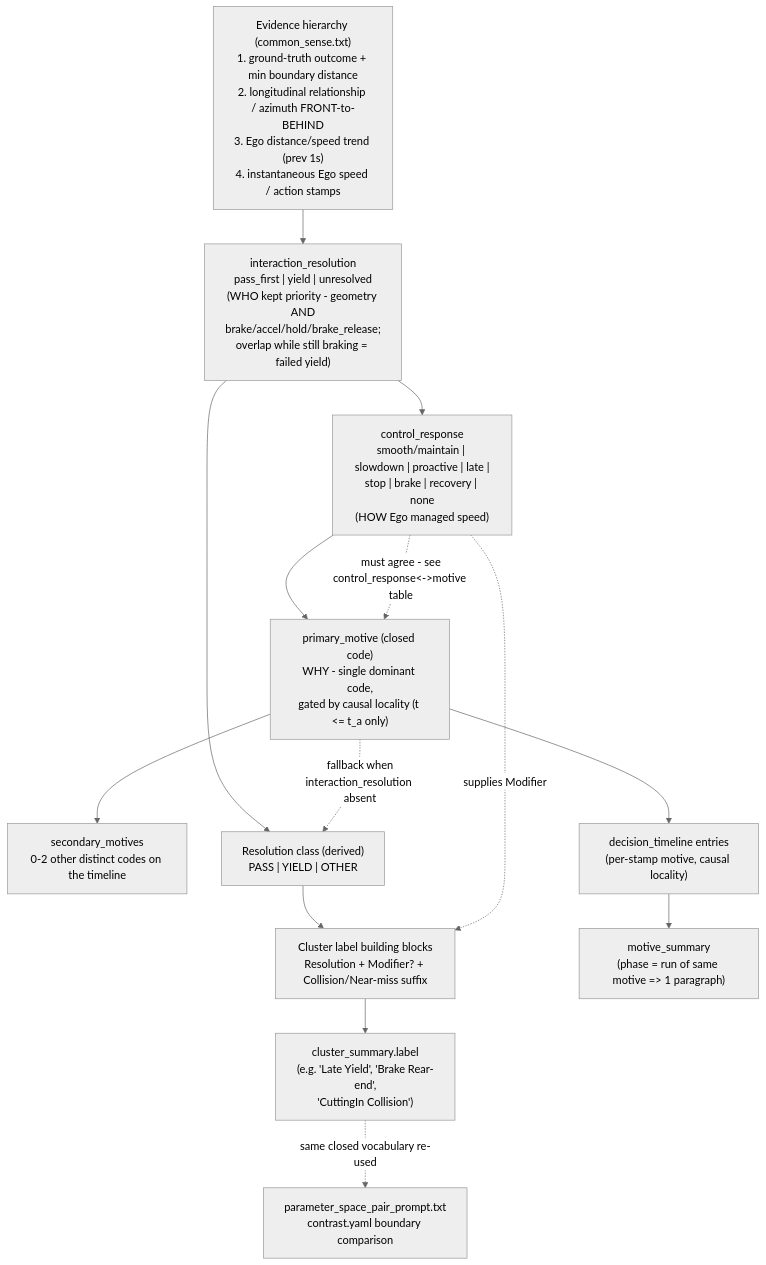
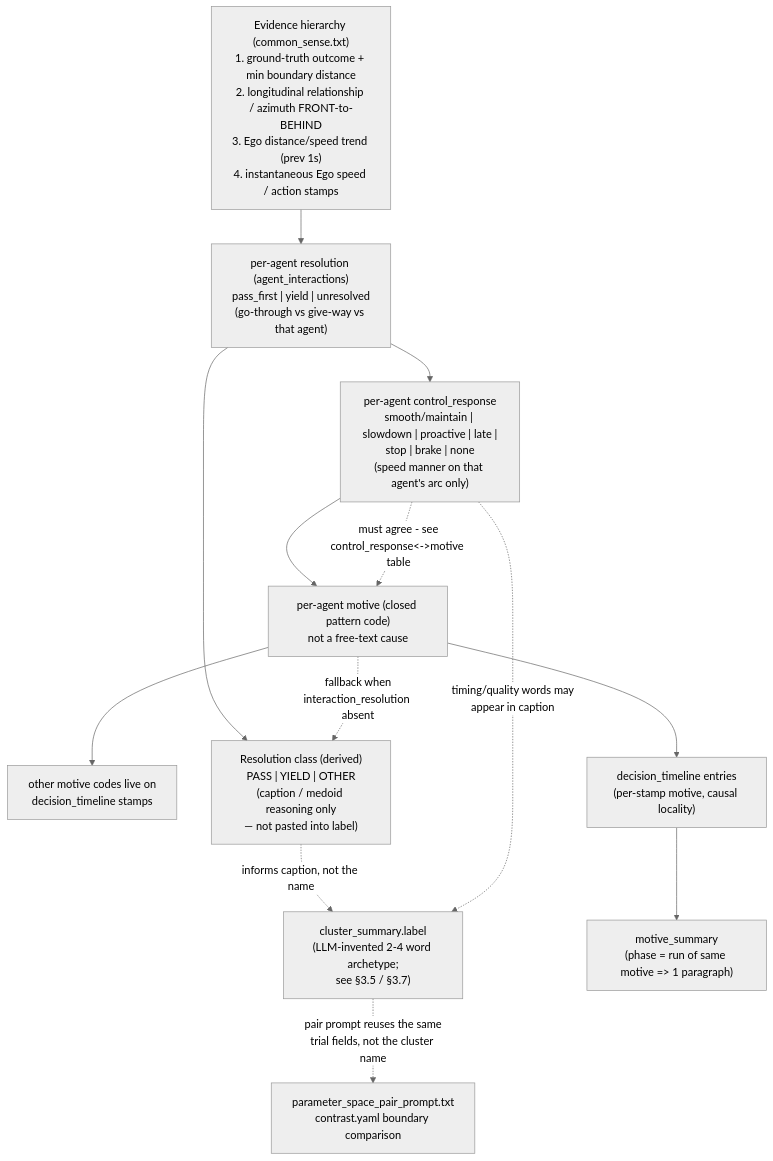
One commit to Bichen07/gpl-odd-project changed the diagram in app/llm_pipeline/prompt_templates/TAXONOMY.md. Above: the diagram before and after it, drawn with Mermaid (neutral theme). The commit also changed other lines of this file and 37 other files, not shown here.

First line of the commit message:
Record multi-agent ego behavior schema and Analyze pipeline updates.

````diff
--- a/app/llm_pipeline/prompt_templates/TAXONOMY.md
+++ b/app/llm_pipeline/prompt_templates/TAXONOMY.md
@@ -65,19 +67,18 @@
 ```mermaid
 flowchart TD
     A["Evidence hierarchy (common_sense.txt)\n1. ground-truth outcome + min boundary distance\n2. longitudinal relationship / azimuth FRONT-to-BEHIND\n3. Ego distance/speed trend (prev 1s)\n4. instantaneous Ego speed / action stamps"]
-    A --> B["interaction_resolution\npass_first | yield | unresolved\n(WHO kept priority - geometry AND\nbrake/accel/hold/brake_release;\noverlap while still braking = failed yield)"]
-    B --> C["control_response\nsmooth/maintain | slowdown | proactive | late |\nstop | brake | recovery | none\n(HOW Ego managed speed)"]
-    C --> D["primary_motive (closed code)\nWHY - single dominant code,\ngated by causal locality (t <= t_a only)"]
-    D --> E["secondary_motives\n0-2 other distinct codes on the timeline"]
+    A --> B["per-agent resolution (agent_interactions)\npass_first | yield | unresolved\n(go-through vs give-way vs that agent)"]
+    B --> C["per-agent control_response\nsmooth/maintain | slowdown | proactive | late |\nstop | brake | none\n(speed manner on that agent's arc only)"]
+    C --> D["per-agent motive (closed pattern code)\nnot a free-text cause"]
+    D --> E["other motive codes live on\ndecision_timeline stamps"]
     C -. "must agree - see\ncontrol_response<->motive table" .-> D
-    B --> F["Resolution class (derived)\nPASS | YIELD | OTHER"]
+    B --> F["Resolution class (derived)\nPASS | YIELD | OTHER\n(caption / medoid reasoning only\n— not pasted into label)"]
     D -. "fallback when\ninteraction_resolution absent" .-> F
-    F --> G["Cluster label building blocks\nResolution + Modifier? + Collision/Near-miss suffix"]
-    C -. "supplies Modifier" .-> G
-    G --> H["cluster_summary.label\n(e.g. 'Late Yield', 'Brake Rear-end',\n'CuttingIn Collision')"]
+    F -. "informs caption, not the name" .-> H["cluster_summary.label\n(LLM-invented 2-4 word archetype;\nsee §3.5 / §3.7)"]
+    C -. "timing/quality words may\nappear in caption" .-> H
 
     D --> I["decision_timeline entries\n(per-stamp motive, causal locality)"]
     I --> J["motive_summary\n(phase = run of same motive => 1 paragraph)"]
 
-    H -. "same closed vocabulary re-used" .-> K["parameter_space_pair_prompt.txt\ncontrast.yaml boundary comparison"]
+    H -. "pair prompt reuses the same\ntrial fields, not the cluster name" .-> K["parameter_space_pair_prompt.txt\ncontrast.yaml boundary comparison"]
 ```
````
